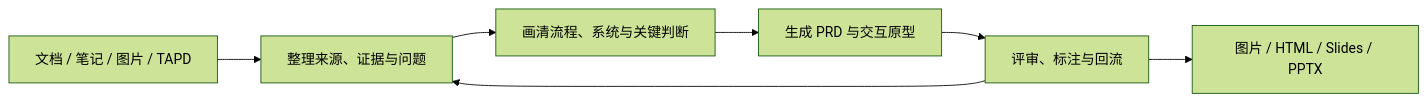
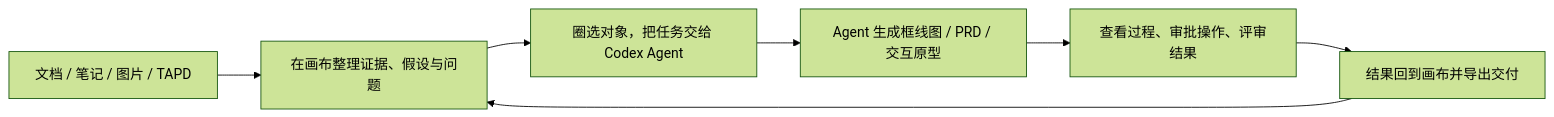
The diagram in README.md (suud003/Cowart), drawn with Mermaid (forest theme) before and after one commit. The commit also changed other lines of this file and 42 other files, not shown here.

````diff
--- a/README.md
+++ b/README.md
@@ -29,9 +31,9 @@
 ```mermaid
 flowchart LR
-  A["文档 / 笔记 / 图片 / TAPD"] --> B["整理来源、证据与问题"]
-  B --> C["画清流程、系统与关键判断"]
-  C --> D["生成 PRD 与交互原型"]
-  D --> E["评审、标注与回流"]
-  E --> F["图片 / HTML / Slides / PPTX"]
-  E --> B
+  A["文档 / 笔记 / 图片 / TAPD"] --> B["在画布整理证据、假设与问题"]
+  B --> C["圈选对象，把任务交给 Codex Agent"]
+  C --> D["Agent 生成框线图 / PRD / 交互原型"]
+  D --> E["查看过程、审批操作、评审结果"]
+  E --> F["结果回到画布并导出交付"]
+  F --> B
 ```
````
